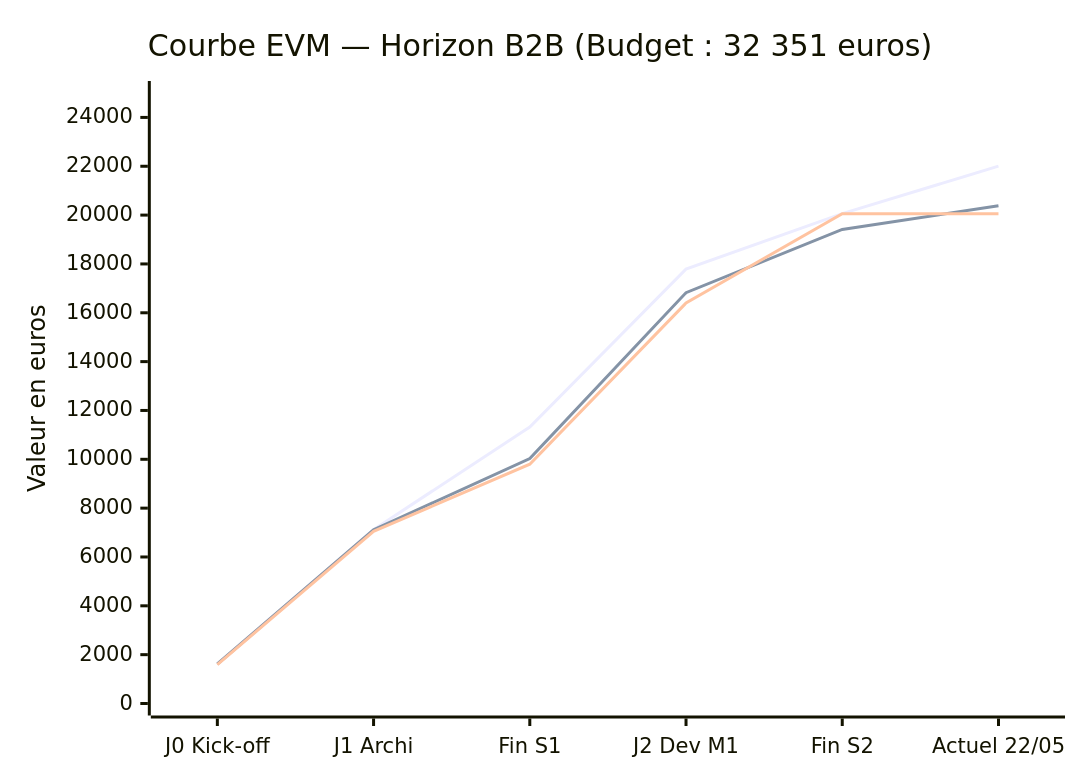
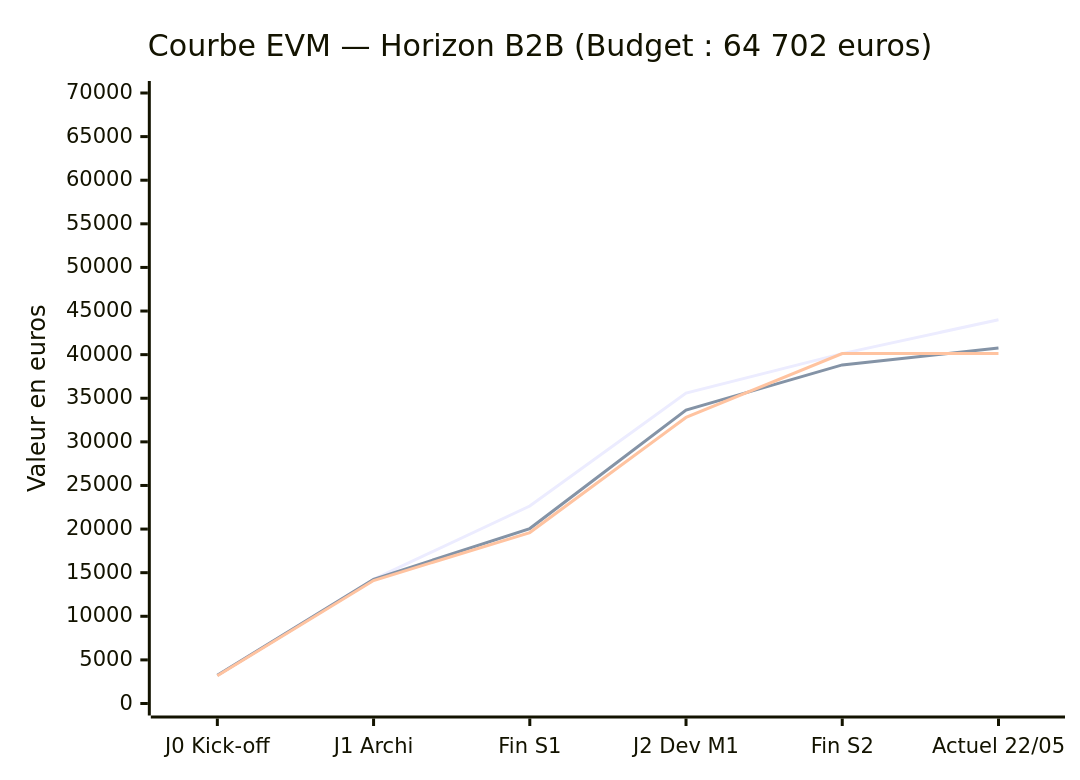
Before and after one commit to POWLAIR/management-projet-numerique: the seventh of 12 diagrams in docs md/Dossier_Projet_B2B_FINAL.md, drawn with Mermaid. The commit also changed other lines of this file, not shown here.

Commit message:
docs: update project timeline, budget, and milestones to reflect revised 2026 delivery dates

````diff
--- a/docs md/Dossier_Projet_B2B_FINAL.md
+++ b/docs md/Dossier_Projet_B2B_FINAL.md
@@ -726,9 +726,9 @@
 ```mermaid
 xychart-beta
-    title "Courbe EVM — Horizon B2B (Budget : 32 351 euros)"
+    title "Courbe EVM — Horizon B2B (Budget : 64 702 euros)"
     x-axis ["J0 Kick-off", "J1 Archi", "Fin S1", "J2 Dev M1", "Fin S2", "Actuel 22/05"]
-    y-axis "Valeur en euros" 0 --> 25000
-    line [1618, 7117, 11323, 17793, 20058, 22003]
-    line [1618, 7117, 10029, 16822, 19411, 20381]
-    line [1590, 7050, 9800, 16400, 20060, 20060]
+    y-axis "Valeur en euros" 0 --> 70000
+    line [3236, 14234, 22646, 35586, 40116, 44006]
+    line [3236, 14234, 20058, 33644, 38822, 40762]
+    line [3180, 14100, 19600, 32800, 40120, 40120]
 ```
````
